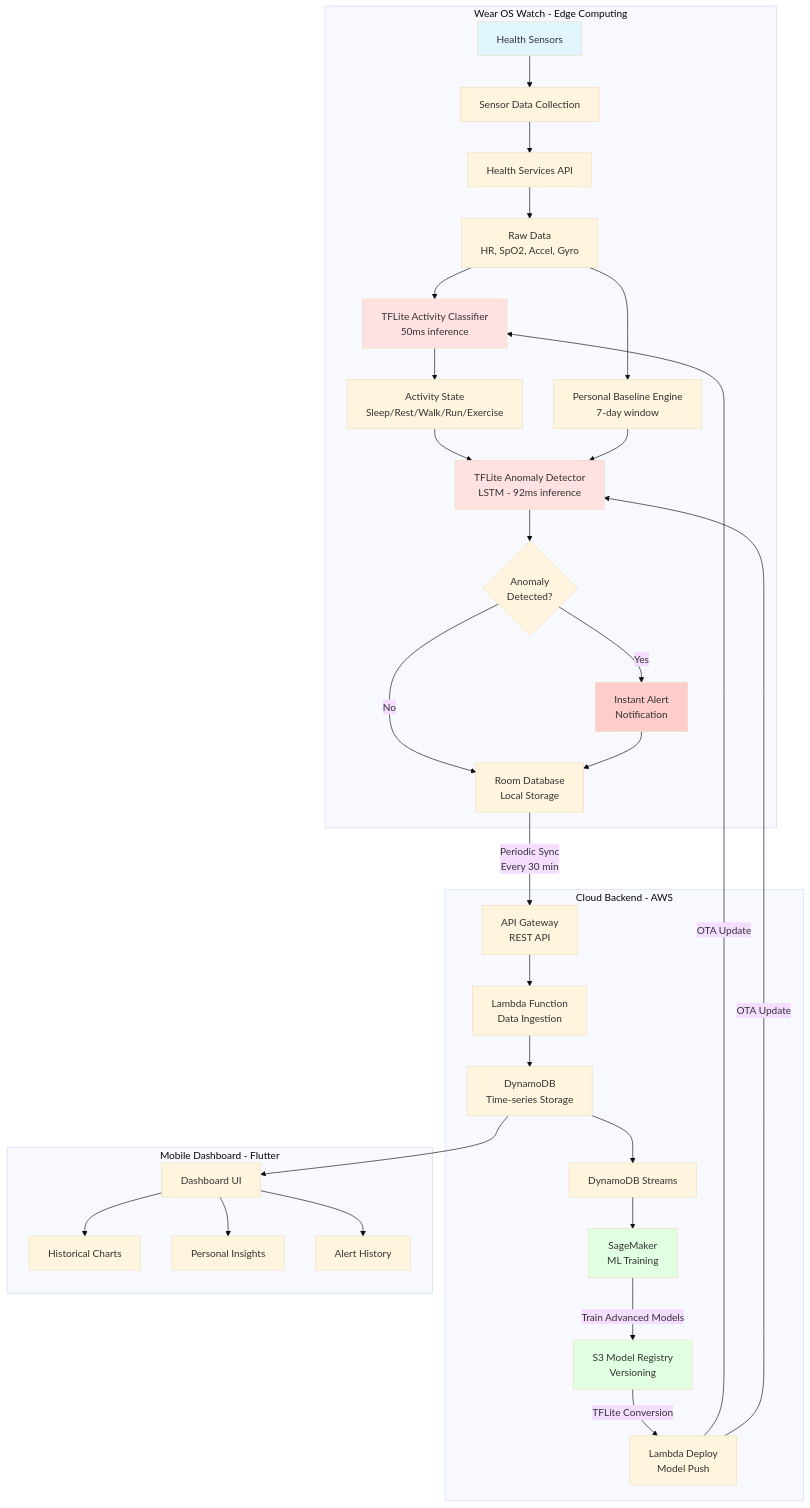
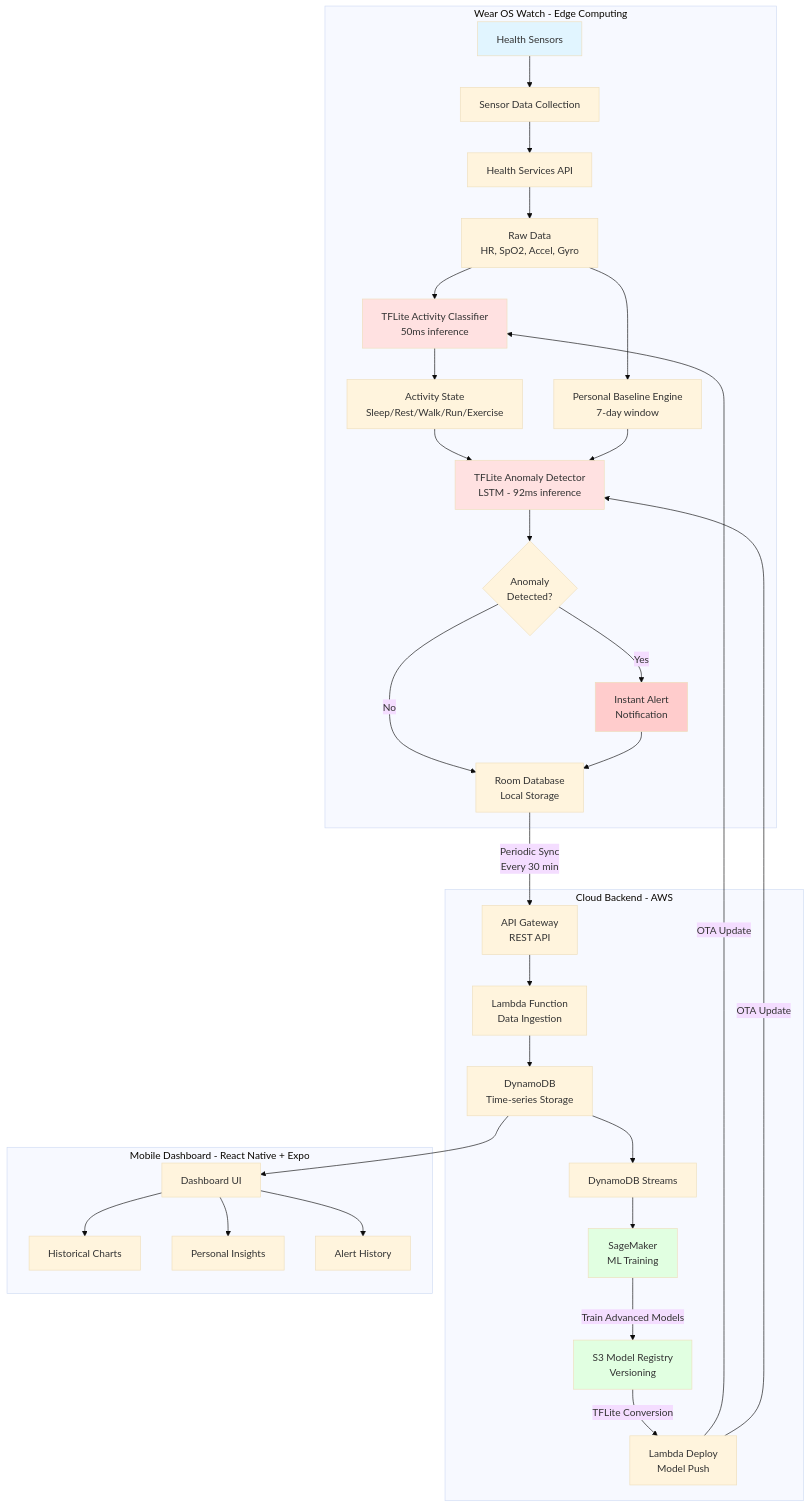
Before and after one commit to RDK7159357/CAP_STONE: the first of 8 diagrams in documentation/ARCHITECTURE_DIAGRAMS.md, drawn with Mermaid (base theme). The commit also changed other lines of this file and 59 other files, not shown here.

````diff
--- a/documentation/ARCHITECTURE_DIAGRAMS.md
+++ b/documentation/ARCHITECTURE_DIAGRAMS.md
@@ -5,55 +5,55 @@
 ```mermaid
 graph TB
     subgraph "Wear OS Watch - Edge Computing"
         A[Health Sensors] --> B[Sensor Data Collection]
         B --> C[Health Services API]
         C --> D[Raw Data<br/>HR, SpO2, Accel, Gyro]
         D --> E[TFLite Activity Classifier<br/>50ms inference]
         D --> F[Personal Baseline Engine<br/>7-day window]
         E --> G[Activity State<br/>Sleep/Rest/Walk/Run/Exercise]
         G --> H[TFLite Anomaly Detector<br/>LSTM - 92ms inference]
         F --> H
         H --> I{Anomaly<br/>Detected?}
         I -->|Yes| J[Instant Alert<br/>Notification]
         I -->|No| K[Room Database<br/>Local Storage]
         J --> K
     end
     
     subgraph "Cloud Backend - AWS"
         L[API Gateway<br/>REST API]
         M[Lambda Function<br/>Data Ingestion]
         N[DynamoDB<br/>Time-series Storage]
         O[DynamoDB Streams]
         P[SageMaker<br/>ML Training]
         Q[S3 Model Registry<br/>Versioning]
         R[Lambda Deploy<br/>Model Push]
     end
     
-    subgraph "Mobile Dashboard - Flutter"
+    subgraph "Mobile Dashboard - React Native + Expo"
         S[Dashboard UI]
         T[Historical Charts]
         U[Personal Insights]
         V[Alert History]
     end
     
     K -->|Periodic Sync<br/>Every 30 min| L
     L --> M
     M --> N
     N --> O
     O --> P
     P -->|Train Advanced Models| Q
     Q -->|TFLite Conversion| R
     R -->|OTA Update| E
     R -->|OTA Update| H
     N --> S
     S --> T
     S --> U
     S --> V
     
     style A fill:#e1f5ff
     style E fill:#ffe1e1
     style H fill:#ffe1e1
     style J fill:#ffcccc
     style P fill:#e1ffe1
     style Q fill:#e1ffe1
 ```
````
